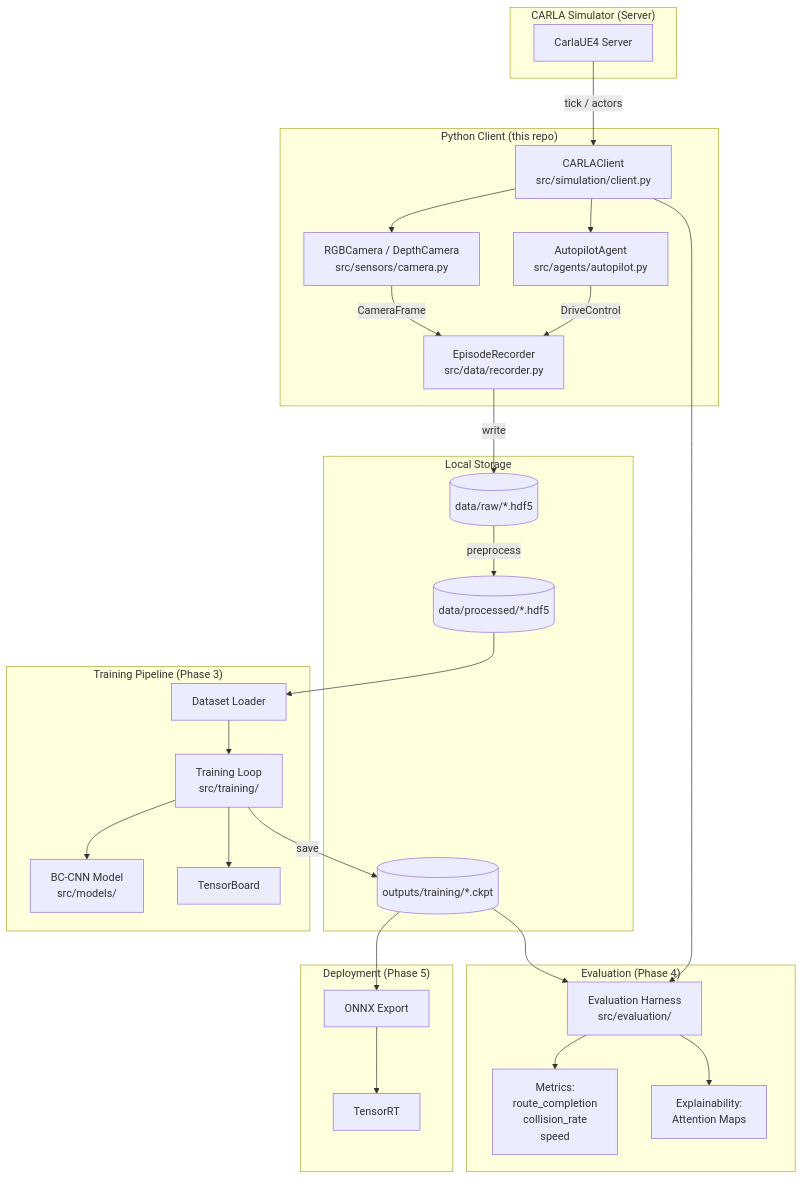
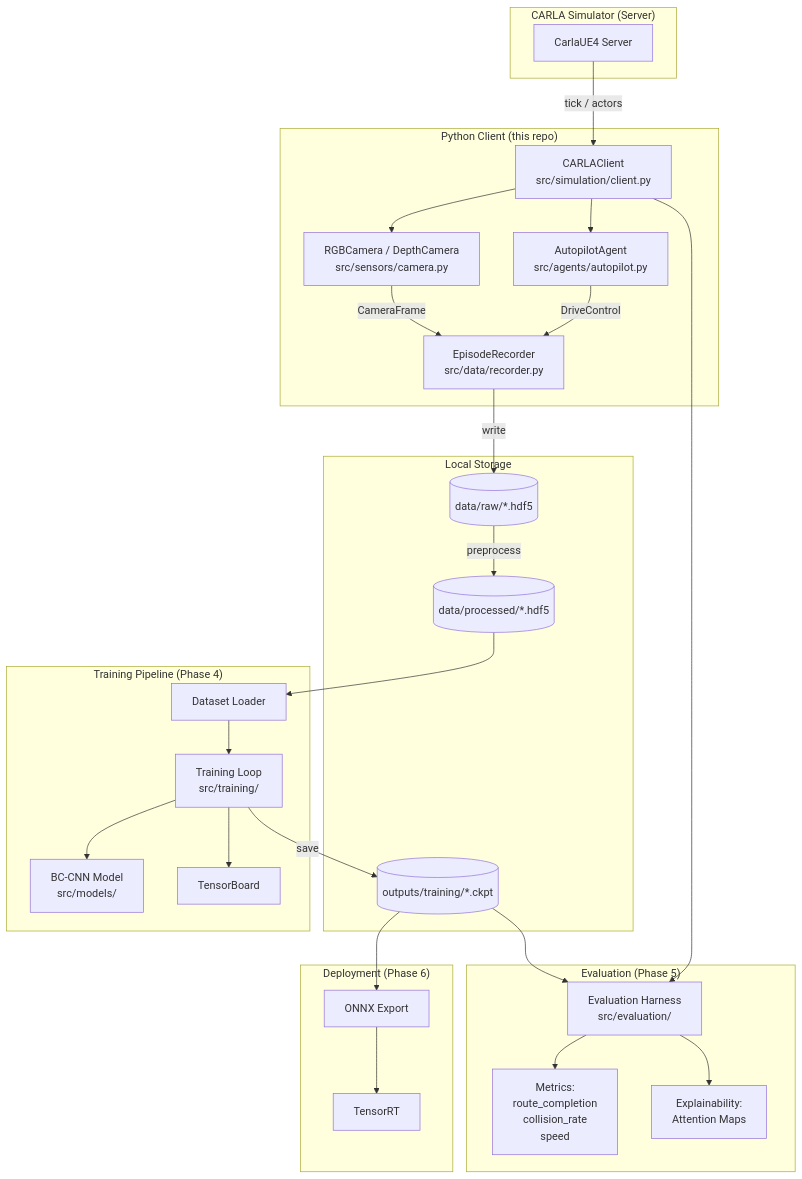
Before and after one commit to pgautam0709/Carla-foundation-driving-demo: the diagram in docs/ARCHITECTURE.md, drawn with Mermaid. The commit also changed 15 other files, not shown here.

Commit message:
feat: add Phase 3a dataset engineering pipeline

````diff
--- a/docs/ARCHITECTURE.md
+++ b/docs/ARCHITECTURE.md
@@ -11,59 +11,59 @@
 ```mermaid
 graph TD
     subgraph SIMULATION["CARLA Simulator (Server)"]
         CARLA[CarlaUE4 Server]
     end
 
     subgraph CLIENT["Python Client (this repo)"]
         CC[CARLAClient\nsrc/simulation/client.py]
         CAM[RGBCamera / DepthCamera\nsrc/sensors/camera.py]
         AP[AutopilotAgent\nsrc/agents/autopilot.py]
         REC[EpisodeRecorder\nsrc/data/recorder.py]
     end
 
     subgraph STORAGE["Local Storage"]
         RAW[(data/raw/*.hdf5)]
         PROC[(data/processed/*.hdf5)]
         CKPT[(outputs/training/*.ckpt)]
     end
 
-    subgraph TRAINING["Training Pipeline (Phase 3)"]
+    subgraph TRAINING["Training Pipeline (Phase 4)"]
         DS[Dataset Loader]
         MODEL[BC-CNN Model\nsrc/models/]
         LOOP[Training Loop\nsrc/training/]
         TB[TensorBoard]
     end
 
-    subgraph EVAL["Evaluation (Phase 4)"]
+    subgraph EVAL["Evaluation (Phase 5)"]
         EH[Evaluation Harness\nsrc/evaluation/]
         METRICS[Metrics:\nroute_completion\ncollision_rate\nspeed]
         XAI[Explainability:\nAttention Maps]
     end
 
-    subgraph DEPLOY["Deployment (Phase 5)"]
+    subgraph DEPLOY["Deployment (Phase 6)"]
         ONNX[ONNX Export]
         TRT[TensorRT]
     end
 
     CARLA -- "tick / actors" --> CC
     CC --> CAM
     CC --> AP
     CAM -- "CameraFrame" --> REC
     AP -- "DriveControl" --> REC
     REC -- "write" --> RAW
 
     RAW -- "preprocess" --> PROC
     PROC --> DS
     DS --> LOOP
     LOOP --> MODEL
     LOOP --> TB
     LOOP -- "save" --> CKPT
 
     CKPT --> EH
     CC --> EH
     EH --> METRICS
     EH --> XAI
 
     CKPT --> ONNX
     ONNX --> TRT
 ```
````
